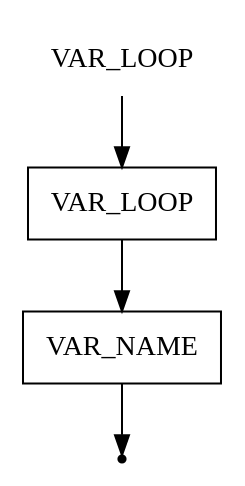
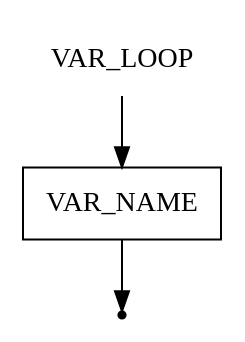
The diagram in pseudocode/var_loop.gv (ayu-f/DSL_Pseudocode), drawn with Graphviz before and after one commit. The commit also changed 71 other files, not shown here.

```diff
--- a/pseudocode/var_loop.gv
+++ b/pseudocode/var_loop.gv
@@ -1,10 +1,8 @@
 digraph VAR_LOOP {
     start [label=VAR_LOOP shape=plaintext]
-    var_loop [label=VAR_LOOP shape=box]
     var_name [label=VAR_NAME shape=box]
     end [label="" shape=point]
 
-    start -> var_loop
-    var_loop -> var_name
+    start -> var_name
     var_name -> end
 }
```
